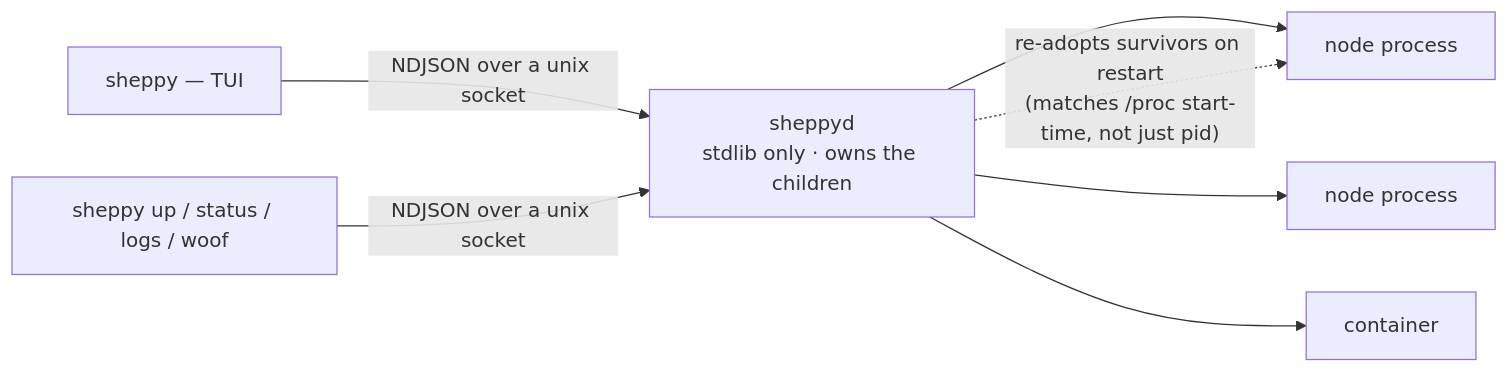
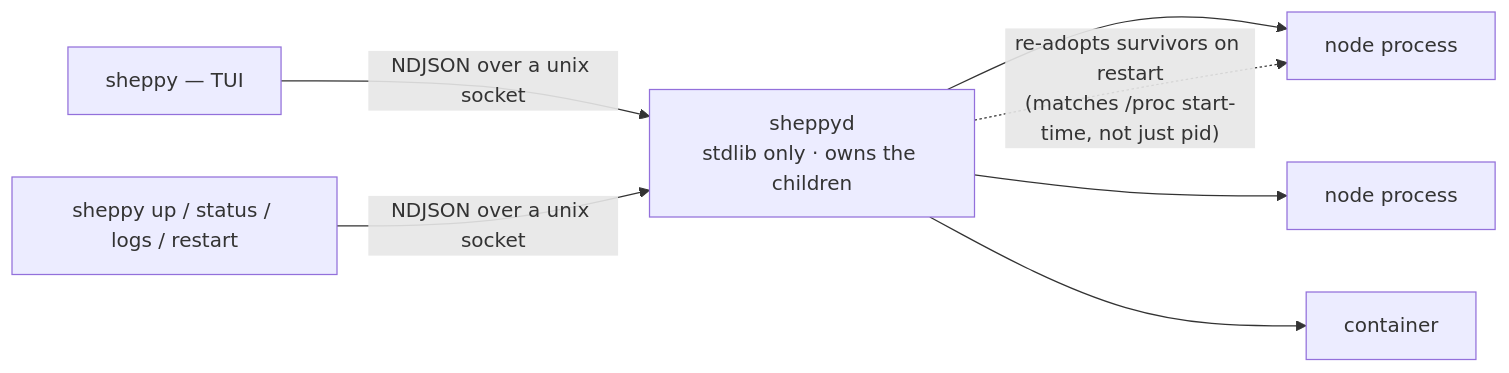
One commit to rammp-org/sheppy changed the diagram in docs/architecture.mdx. Above: the diagram before and after it, drawn with Mermaid. The commit also changed 11 other files, not shown here.

First line of the commit message:
Rename woof to restart

````diff
--- a/docs/architecture.mdx
+++ b/docs/architecture.mdx
@@ -7,10 +7,10 @@
 ```mermaid
 flowchart LR
   TUI["sheppy — TUI"] -->|NDJSON over a unix socket| D
-  CLI["sheppy up / status / logs / woof"] -->|NDJSON over a unix socket| D
+  CLI["sheppy up / status / logs / restart"] -->|NDJSON over a unix socket| D
   D["sheppyd<br/>stdlib only · owns the children"]
   D --> C1["node process"]
   D --> C2["node process"]
   D --> C3["container"]
   D -.->|"re-adopts survivors on restart<br/>(matches /proc start-time, not just pid)"| C1
 ```
````
